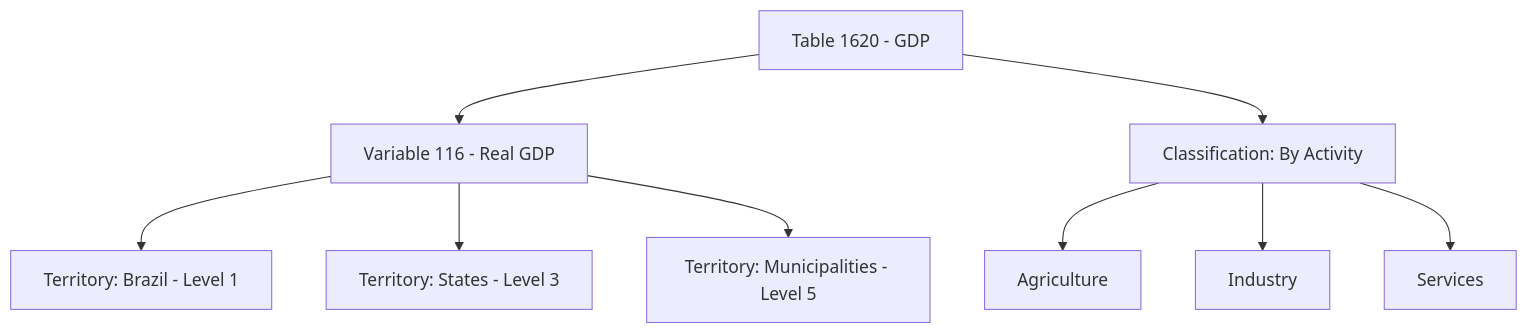
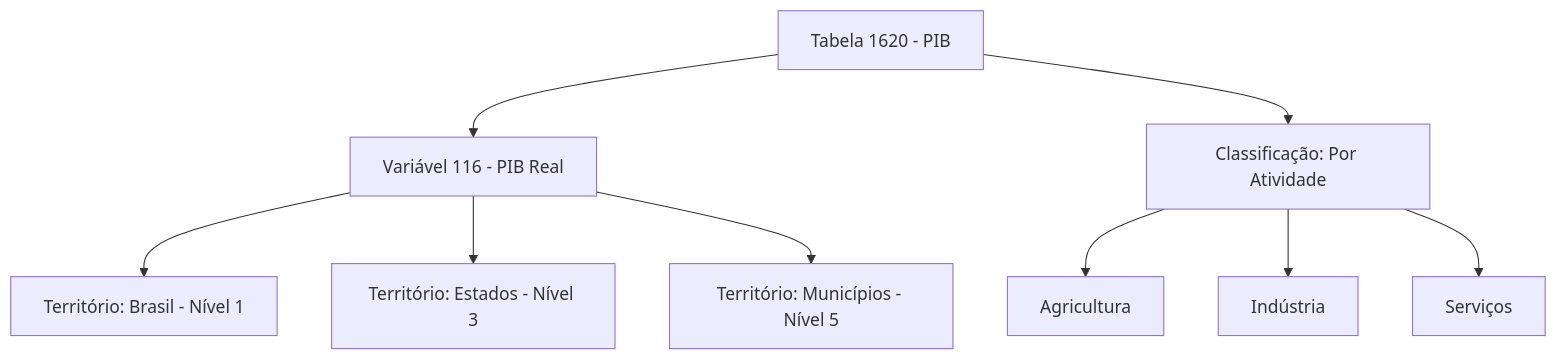
One commit to Quantilica/docs changed the first of 3 diagrams in docs/ibge/sidra-sql.md. Above: the diagram before and after it, drawn with Mermaid. The commit also changed other lines of this file and 31 other files, not shown here.

````diff
--- a/docs/ibge/sidra-sql.md
+++ b/docs/ibge/sidra-sql.md
@@ -27,11 +27,11 @@
 ```mermaid
 graph TD
-    T[Table 1620 - GDP] --> V[Variable 116 - Real GDP]
-    V --> L1[Territory: Brazil - Level 1]
-    V --> L3[Territory: States - Level 3]
-    V --> L5[Territory: Municipalities - Level 5]
-    T --> C[Classification: By Activity]
-    C --> C1[Agriculture]
-    C --> C2[Industry]
-    C --> C3[Services]
+    T[Tabela 1620 - PIB] --> V[Variável 116 - PIB Real]
+    V --> L1[Território: Brasil - Nível 1]
+    V --> L3[Território: Estados - Nível 3]
+    V --> L5[Território: Municípios - Nível 5]
+    T --> C[Classificação: Por Atividade]
+    C --> C1[Agricultura]
+    C --> C2[Indústria]
+    C --> C3[Serviços]
 ```
````
